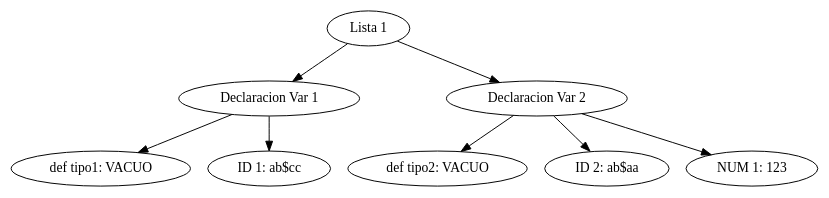
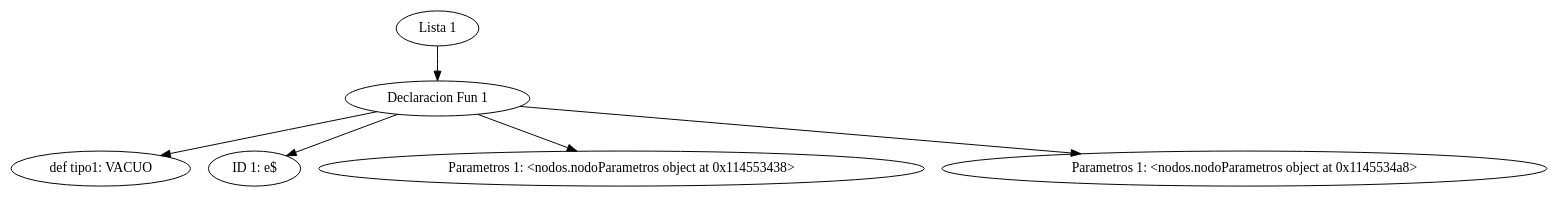
Before and after one commit to lancal/TallerCompiladores2018: the diagram in tree.dot, drawn with Graphviz. The commit also changed 6 other files, not shown here.

```diff
--- a/tree.dot
+++ b/tree.dot
@@ -1,9 +1,7 @@
 digraph G {
-	"Lista 1" -> "Declaracion Var 1"
-	"Declaracion Var 1" -> "def tipo1: VACUO" 
-	"Declaracion Var 1" -> "ID 1: ab$cc" 
-	"Lista 1" -> "Declaracion Var 2"
-	"Declaracion Var 2" -> "def tipo2: VACUO" 
-	"Declaracion Var 2" -> "ID 2: ab$aa" 
-	"Declaracion Var 2" -> "NUM 1: 123" 
+	"Lista 1" -> "Declaracion Fun 1"
+	"Declaracion Fun 1" -> "def tipo1: VACUO" 
+	"Declaracion Fun 1" -> "ID 1: e$" 
+	"Declaracion Fun 1" -> "Parametros 1: <nodos.nodoParametros object at 0x114553438>" 
+	"Declaracion Fun 1" -> "Parametros 1: <nodos.nodoParametros object at 0x1145534a8>" 
 }
```
